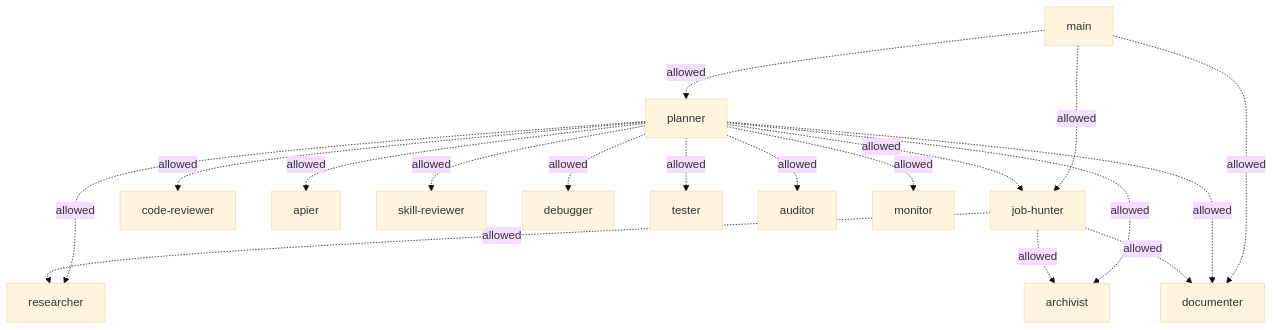
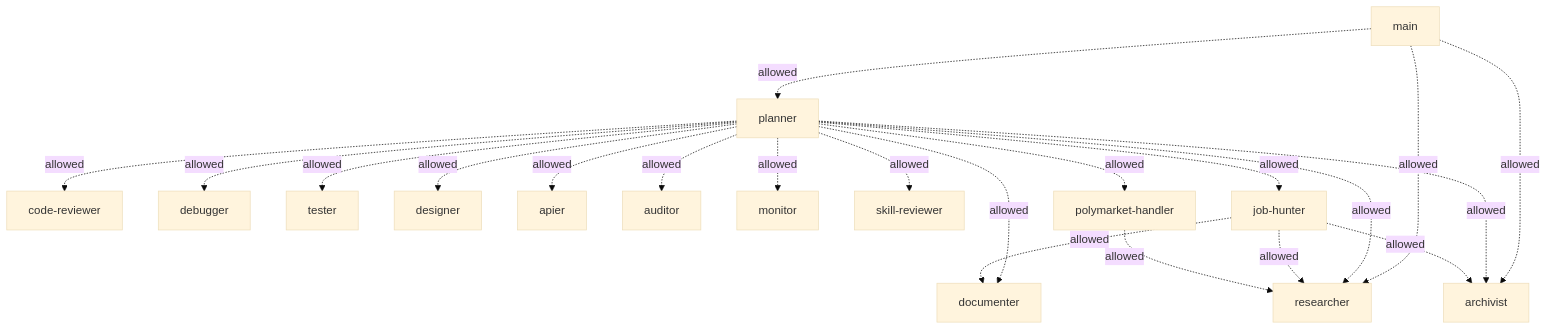
The diagram in agents/index.md (SrD836/jarvis-vault), drawn with Mermaid (base theme) before and after one commit. The commit also changed other lines of this file and 107 other files, not shown here.

````diff
--- a/agents/index.md
+++ b/agents/index.md
@@ -35,20 +36,23 @@
 ```mermaid
 graph TD
   main -.allowed.-> planner
-  main -.allowed.-> documenter
-  main -.allowed.-> job-hunter
+  main -.allowed.-> researcher
+  main -.allowed.-> archivist
+  planner -.allowed.-> researcher
   planner -.allowed.-> code-reviewer
-  planner -.allowed.-> researcher
-  planner -.allowed.-> documenter
-  planner -.allowed.-> apier
-  planner -.allowed.-> skill-reviewer
   planner -.allowed.-> debugger
   planner -.allowed.-> tester
+  planner -.allowed.-> documenter
+  planner -.allowed.-> designer
+  planner -.allowed.-> apier
+  planner -.allowed.-> archivist
   planner -.allowed.-> auditor
-  planner -.allowed.-> archivist
   planner -.allowed.-> monitor
+  planner -.allowed.-> skill-reviewer
   planner -.allowed.-> job-hunter
+  planner -.allowed.-> polymarket-handler
   job-hunter -.allowed.-> researcher
   job-hunter -.allowed.-> documenter
   job-hunter -.allowed.-> archivist
+  polymarket-handler -.allowed.-> researcher
 ```
````
